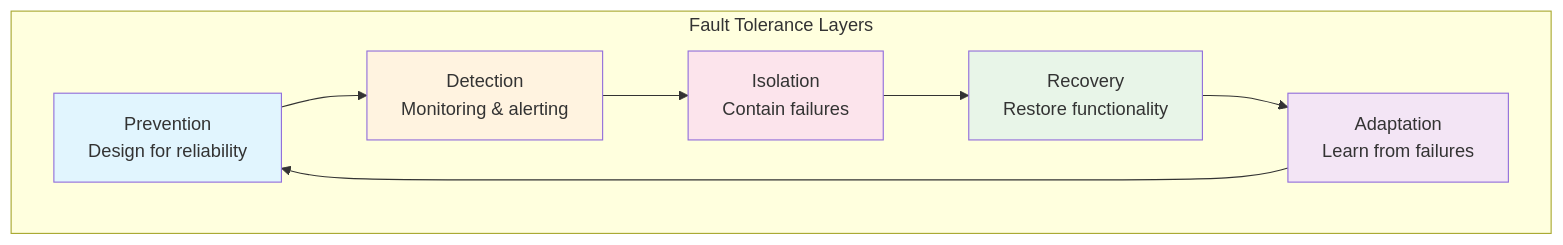
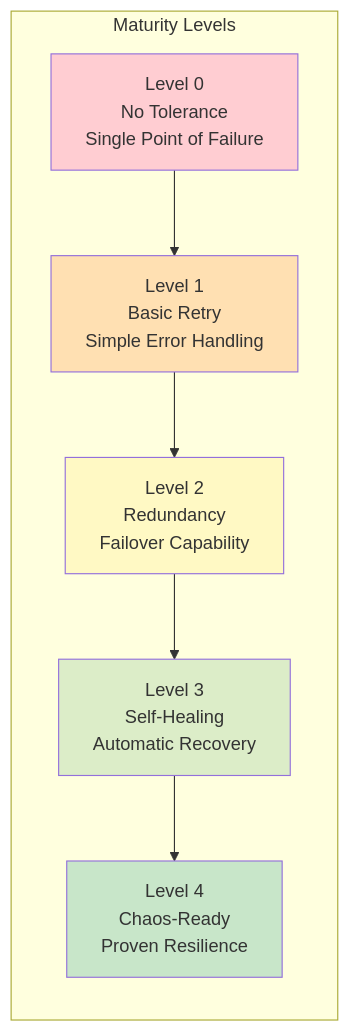
The second of 9 diagrams in docs/patterns/fault-tolerance.md (deepaucksharma/DStudio), drawn with Mermaid before and after one commit. The commit also changed other lines of this file and 248 other files, not shown here.

````diff
--- a/docs/patterns/fault-tolerance.md
+++ b/docs/patterns/fault-tolerance.md
@@ -36,22 +88,18 @@
 ```mermaid
-flowchart TB
-    subgraph "Fault Tolerance Layers"
-        P[Prevention<br/>Design for reliability]
-        D[Detection<br/>Monitoring & alerting]
-        I[Isolation<br/>Contain failures]
-        R[Recovery<br/>Restore functionality]
-        A[Adaptation<br/>Learn from failures]
+graph LR
+    subgraph "Maturity Levels"
+        L0[Level 0<br/>No Tolerance<br/>Single Point of Failure]
+        L1[Level 1<br/>Basic Retry<br/>Simple Error Handling]
+        L2[Level 2<br/>Redundancy<br/>Failover Capability]
+        L3[Level 3<br/>Self-Healing<br/>Automatic Recovery]
+        L4[Level 4<br/>Chaos-Ready<br/>Proven Resilience]
         
-        P --> D
-        D --> I  
-        I --> R
-        R --> A
-        A --> P
+        L0 --> L1 --> L2 --> L3 --> L4
     end
     
-    style P fill:#e1f5fe
-    style D fill:#fff3e0
-    style I fill:#fce4ec
-    style R fill:#e8f5e8
-    style A fill:#f3e5f5
+    style L0 fill:#ffcdd2
+    style L1 fill:#ffe0b2
+    style L2 fill:#fff9c4
+    style L3 fill:#dcedc8
+    style L4 fill:#c8e6c9
 ```
````
